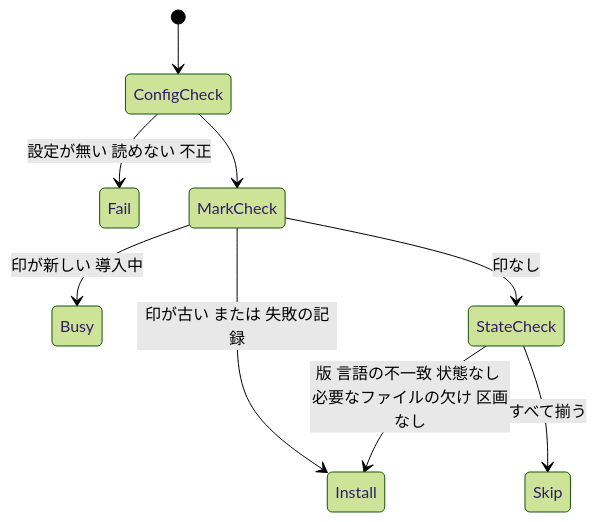
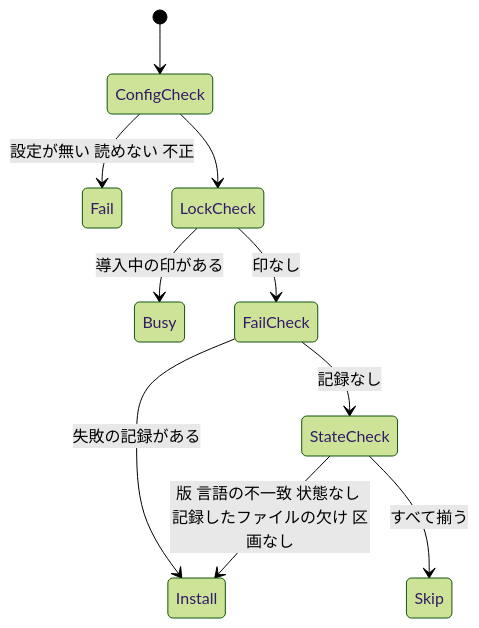
One commit to nekono-dev/cc-sdd-bootstrap changed the third of 3 diagrams in .kiro/specs/session-install/design.md. Above: the diagram before and after it, drawn with Mermaid (forest theme). The commit also changed other lines of this file and 1 other file, not shown here.

Commit message:
session-install: 設計レビューの指摘を反映（導入物の道筋の記録、導入全体の期限、導入中の印と失敗の記録の分離）

````diff
--- a/.kiro/specs/session-install/design.md
+++ b/.kiro/specs/session-install/design.md
@@ -140,11 +141,12 @@
 ```mermaid
 stateDiagram-v2
     [*] --> ConfigCheck
     ConfigCheck --> Fail: 設定が無い 読めない 不正
-    ConfigCheck --> MarkCheck
-    MarkCheck --> Busy: 印が新しい 導入中
-    MarkCheck --> Install: 印が古い または 失敗の記録
-    MarkCheck --> StateCheck: 印なし
-    StateCheck --> Install: 版 言語の不一致 状態なし 必要なファイルの欠け 区画なし
+    ConfigCheck --> LockCheck
+    LockCheck --> Busy: 導入中の印がある
+    LockCheck --> FailCheck: 印なし
+    FailCheck --> Install: 失敗の記録がある
+    FailCheck --> StateCheck: 記録なし
+    StateCheck --> Install: 版 言語の不一致 状態なし 記録したファイルの欠け 区画なし
     StateCheck --> Skip: すべて揃う
 ```
````
